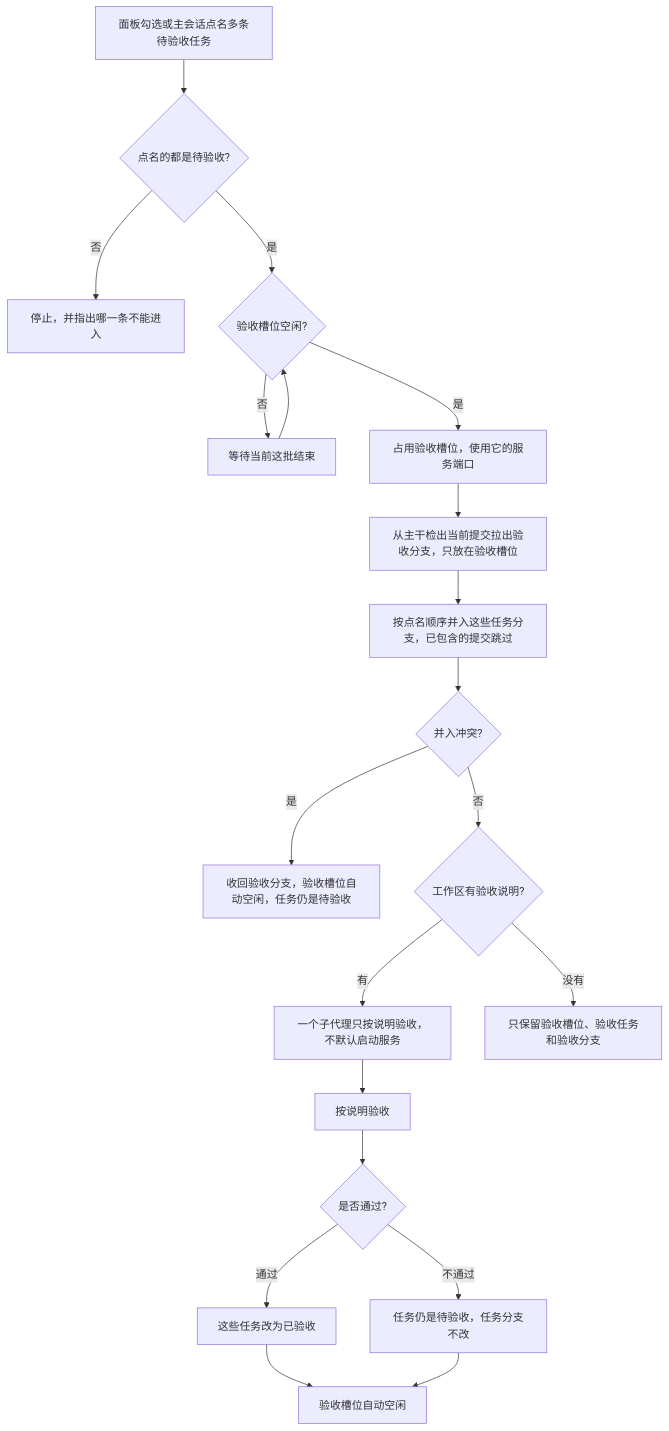
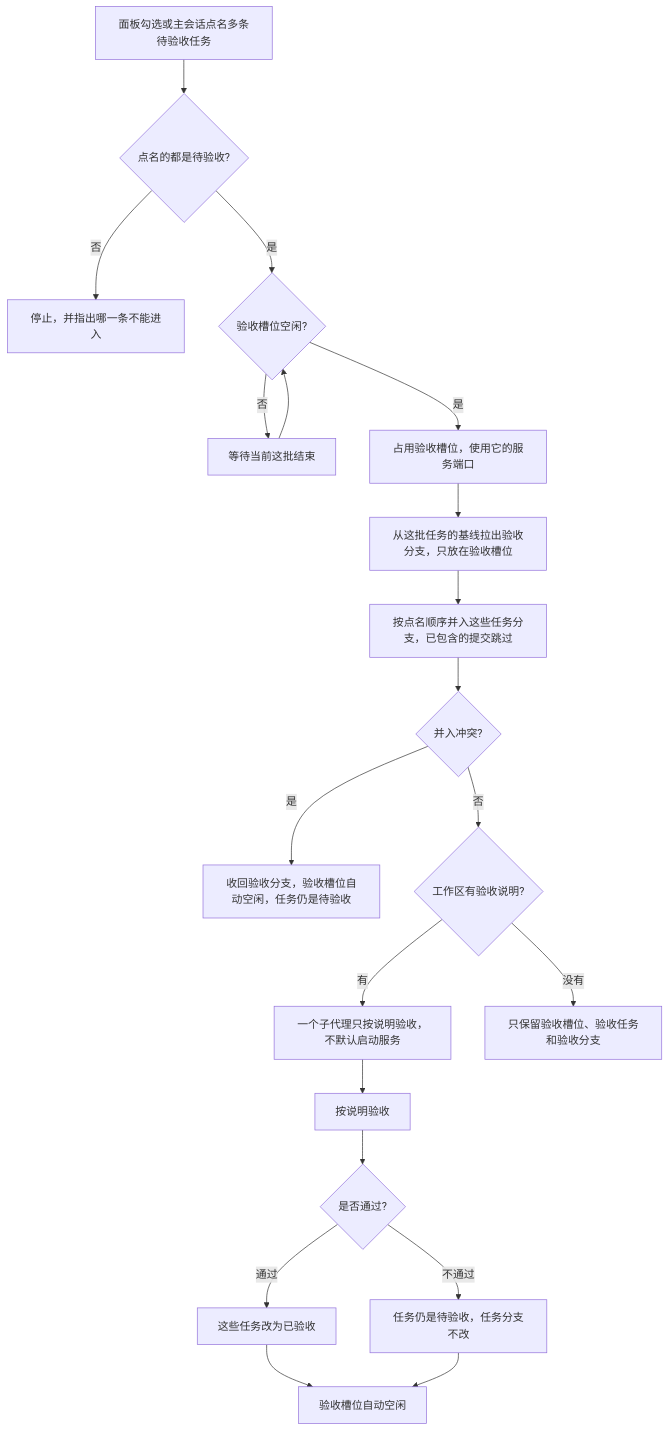
The third of 3 diagrams in 需求.md (JJblau2021/dsh-dev-flow), drawn with Mermaid before and after one commit. The commit also changed other lines of this file and 26 other files, not shown here.

````diff
--- a/需求.md
+++ b/需求.md
@@ -124,22 +126,22 @@
 ```mermaid
 flowchart TD
   ask["面板勾选或主会话点名多条待验收任务"] --> ready{"点名的都是待验收?"}
   ready -->|"否"| stop["停止，并指出哪一条不能进入"]
   ready -->|"是"| free{"验收槽位空闲?"}
   free -->|"否"| wait["等待当前这批结束"]
   wait --> free
   free -->|"是"| use["占用验收槽位，使用它的服务端口"]
-  use --> cut["从主干检出当前提交拉出验收分支，只放在验收槽位"]
+  use --> cut["从这批任务的基线拉出验收分支，只放在验收槽位"]
   cut --> merge["按点名顺序并入这些任务分支，已包含的提交跳过"]
   merge --> bad{"并入冲突?"}
   bad -->|"是"| back["收回验收分支，验收槽位自动空闲，任务仍是待验收"]
   bad -->|"否"| noted{"工作区有验收说明?"}
   noted -->|"有"| run["一个子代理只按说明验收，不默认启动服务"]
   noted -->|"没有"| readyOnly["只保留验收槽位、验收任务和验收分支"]
   run --> review["按说明验收"]
   review --> verdict{"是否通过?"}
   verdict -->|"通过"| pass["这些任务改为已验收"]
   verdict -->|"不通过"| reject["任务仍是待验收，任务分支不改"]
   pass --> idle["验收槽位自动空闲"]
   reject --> idle
 ```
````
